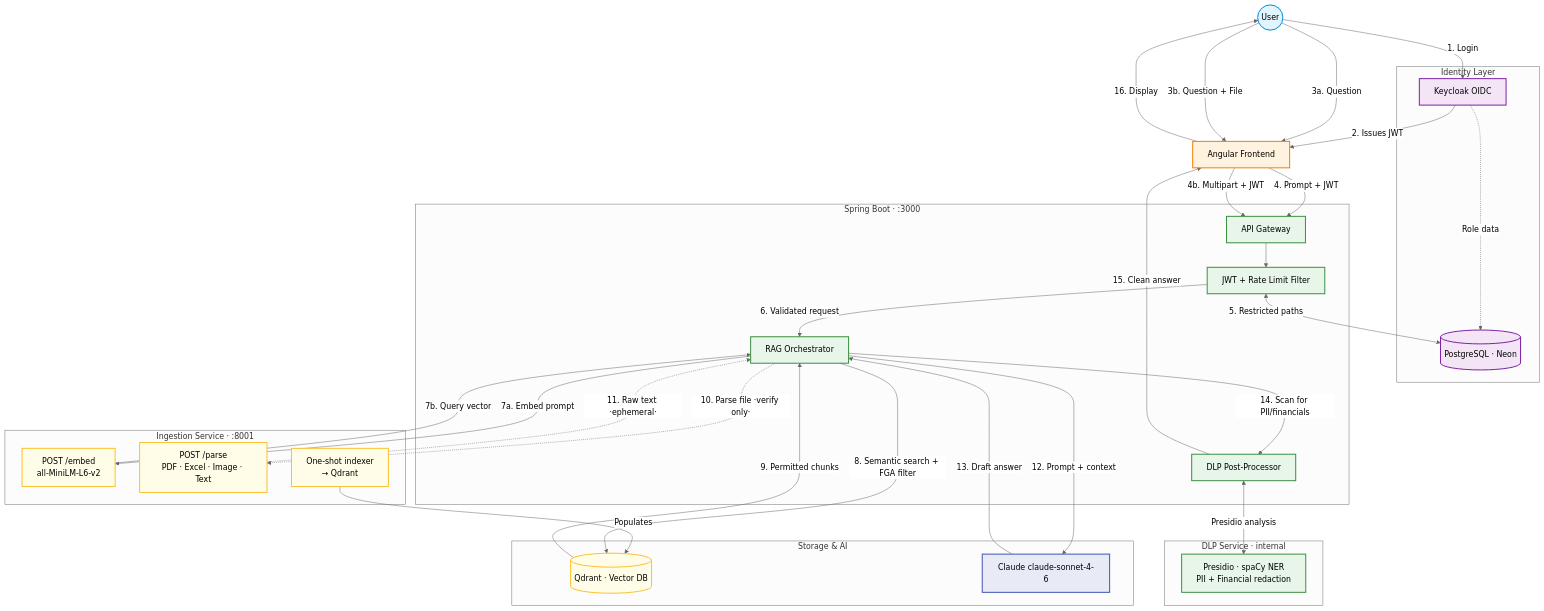
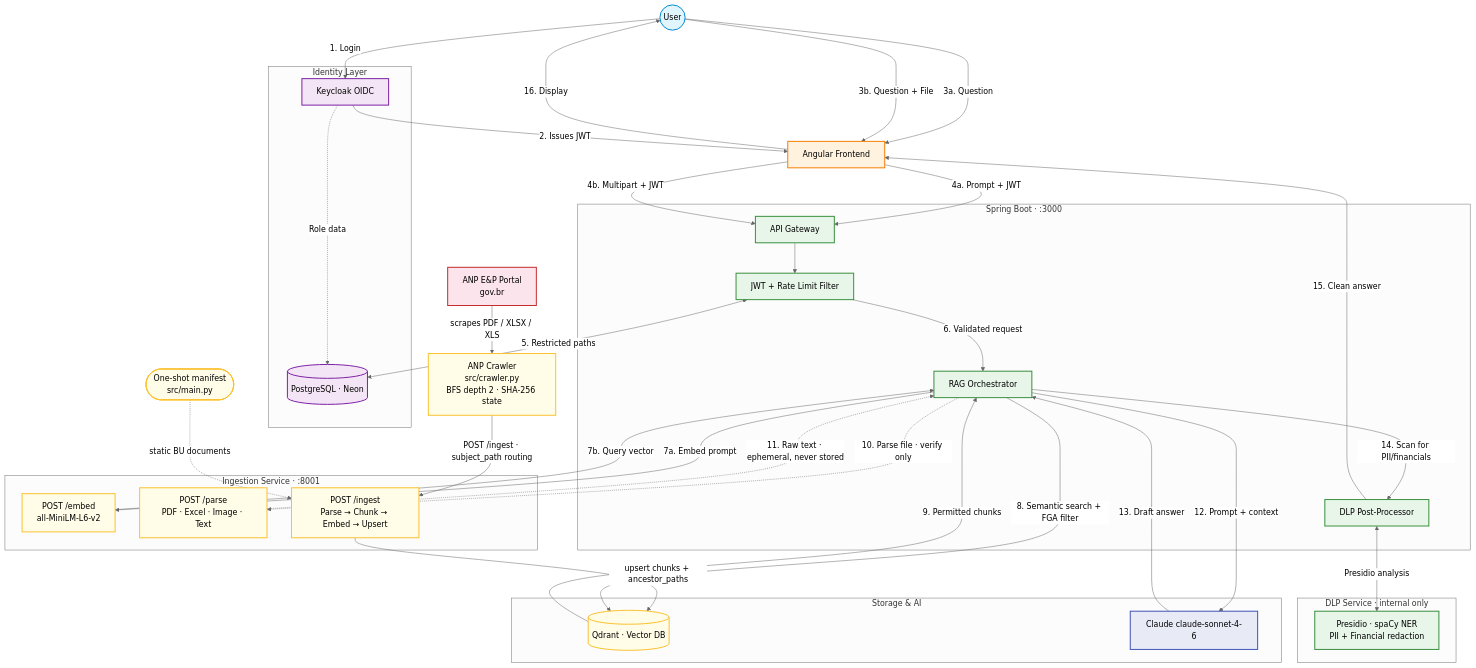
Before and after one commit to marcelorvergara/Enterprise-SecureChat: the diagram in README.md, drawn with Mermaid (neutral theme). The commit also changed 1 other file, not shown here.

Commit message:
docs: Update architecture diagrams to include ANP crawler and ingestion flow

````diff
--- a/README.md
+++ b/README.md
@@ -14,72 +14,81 @@
 ```mermaid
 flowchart TD
     classDef user fill:#e1f5fe,stroke:#0288d1,stroke-width:2px;
     classDef frontend fill:#fff3e0,stroke:#f57c00,stroke-width:2px;
     classDef backend fill:#e8f5e9,stroke:#388e3c,stroke-width:2px;
     classDef identity fill:#f3e5f5,stroke:#7b1fa2,stroke-width:2px;
     classDef data fill:#fffde7,stroke:#fbc02d,stroke-width:2px;
     classDef ai fill:#e8eaf6,stroke:#3f51b5,stroke-width:2px;
+    classDef external fill:#fce4ec,stroke:#c62828,stroke-width:2px;
 
     User((User)):::user
     UI[Angular Frontend]:::frontend
+
+    ANP[ANP E&P Portal<br/>gov.br]:::external
+    Crawler[ANP Crawler<br/>src/crawler.py<br/>BFS depth 2 · SHA-256 state]:::data
 
     subgraph Identity [Identity Layer]
         Keycloak[Keycloak OIDC]:::identity
         Postgres[(PostgreSQL · Neon)]:::identity
     end
 
     subgraph Ingestion [Ingestion Service · :8001]
         Embed[POST /embed<br/>all-MiniLM-L6-v2]:::data
         Parse[POST /parse<br/>PDF · Excel · Image · Text]:::data
-        Indexer[One-shot indexer<br/>→ Qdrant]:::data
+        Ingest[POST /ingest<br/>Parse → Chunk → Embed → Upsert]:::data
     end
 
     subgraph Backend [Spring Boot · :3000]
         API[API Gateway]:::backend
         Filter[JWT + Rate Limit Filter]:::backend
         RAG[RAG Orchestrator]:::backend
         DLPClient[DLP Post-Processor]:::backend
     end
 
     subgraph Storage [Storage & AI]
         VDB[(Qdrant · Vector DB)]:::data
         LLM[Claude claude-sonnet-4-6]:::ai
     end
 
-    subgraph DLPService [DLP Service · internal]
+    subgraph DLPService [DLP Service · internal only]
         Presidio[Presidio · spaCy NER<br/>PII + Financial redaction]:::backend
     end
 
-    Indexer -->|Populates| VDB
+    ANP -->|scrapes PDF / XLSX / XLS| Crawler
+    Crawler -->|POST /ingest · subject_path routing| Ingest
+    Ingest -->|upsert chunks + ancestor_paths| VDB
+
+    ManifestIngest([One-shot manifest<br/>src/main.py]):::data
+    ManifestIngest -.->|static BU documents| Ingest
 
     User -->|1. Login| Keycloak
     Keycloak -->|2. Issues JWT| UI
     Keycloak -.->|Role data| Postgres
 
     User -->|3a. Question| UI
     User -->|3b. Question + File| UI
 
-    UI -->|4. Prompt + JWT| API
+    UI -->|4a. Prompt + JWT| API
     UI -->|4b. Multipart + JWT| API
 
     API --> Filter
     Filter <-->|5. Restricted paths| Postgres
     Filter -->|6. Validated request| RAG
 
     RAG -->|7a. Embed prompt| Embed
     Embed -->|7b. Query vector| RAG
 
     RAG -->|8. Semantic search + FGA filter| VDB
     VDB -->|9. Permitted chunks| RAG
 
-    RAG -.->|10. Parse file ·verify only·| Parse
-    Parse -.->|11. Raw text ·ephemeral·| RAG
+    RAG -.->|10. Parse file · verify only| Parse
+    Parse -.->|11. Raw text · ephemeral, never stored| RAG
 
     RAG -->|12. Prompt + context| LLM
     LLM -->|13. Draft answer| RAG
 
     RAG -->|14. Scan for PII/financials| DLPClient
     DLPClient <-->|Presidio analysis| Presidio
     DLPClient -->|15. Clean answer| UI
     UI -->|16. Display| User
 ```
````
